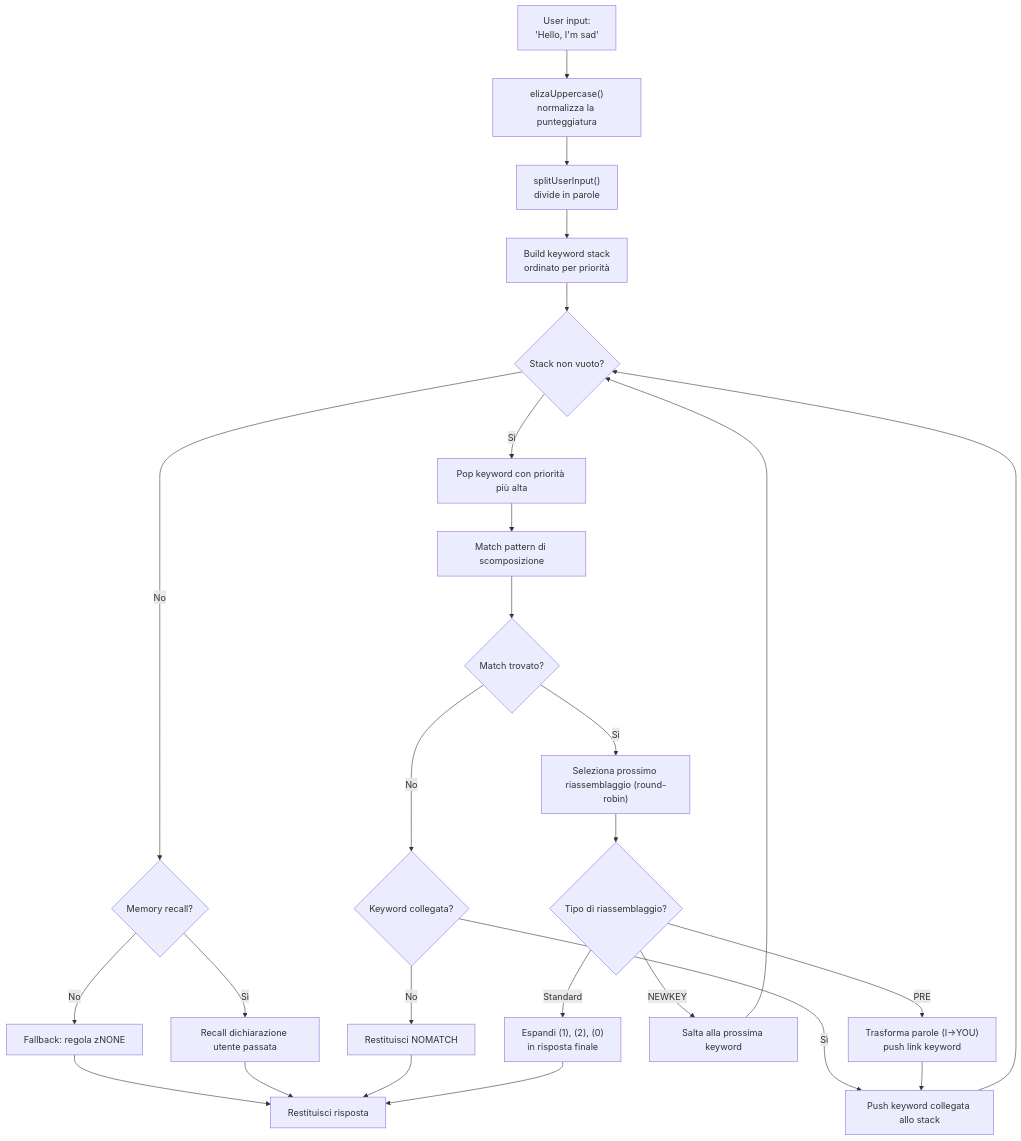
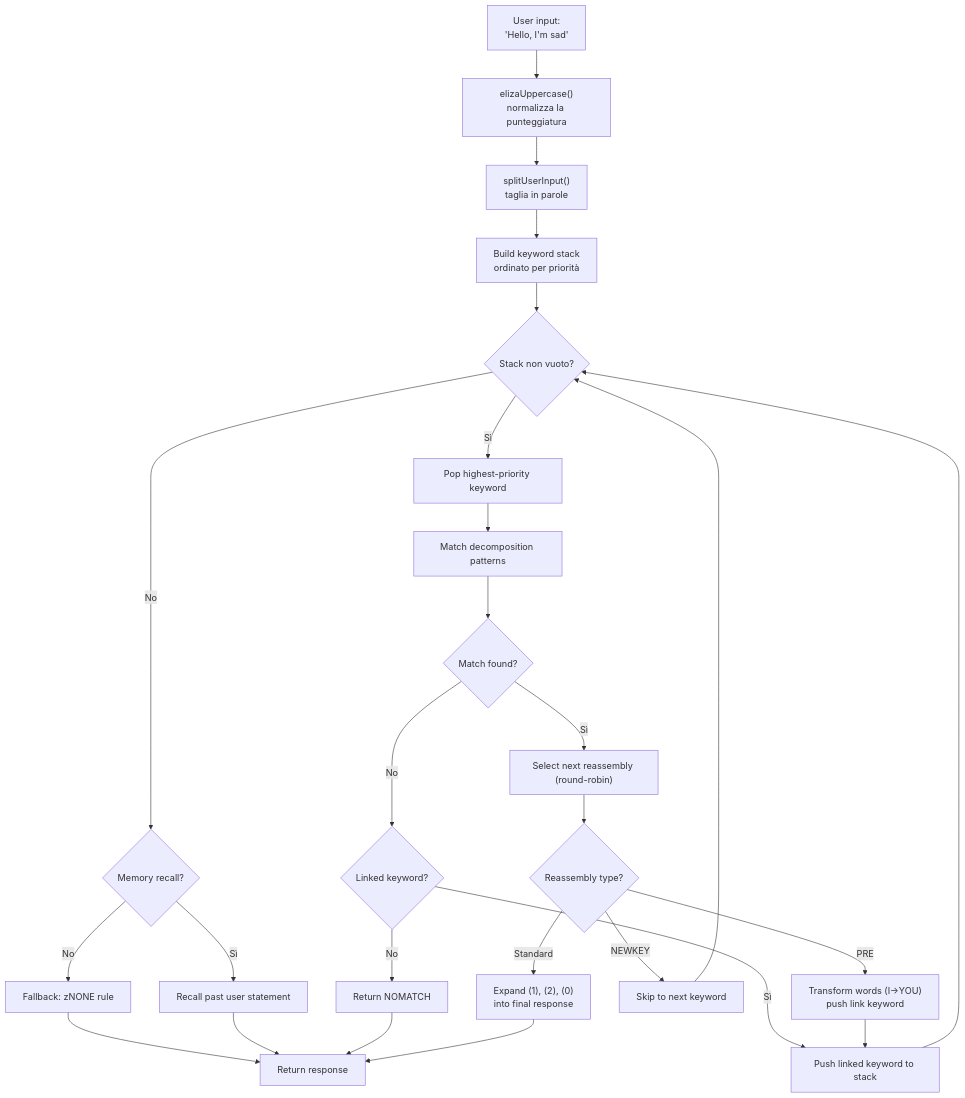
The first of 2 diagrams in public/articles/it/from-eliza-to-llm-chatbots-typescript.md (fox3000foxy/fox3000foxy.github.io), drawn with Mermaid before and after one commit. The commit also changed other lines of this file and 576 other files, not shown here.

````diff
--- a/public/articles/it/from-eliza-to-llm-chatbots-typescript.md
+++ b/public/articles/it/from-eliza-to-llm-chatbots-typescript.md
@@ -93,28 +92,28 @@
 ```mermaid
 flowchart TD
     A["User input:<br>'Hello, I'm sad'"] --> B["elizaUppercase()<br>normalizza la punteggiatura"]
-    B --> C["splitUserInput()<br>divide in parole"]
+    B --> C["splitUserInput()<br>taglia in parole"]
     C --> D["Build keyword stack<br>ordinato per priorità"]
     D --> E{"Stack non vuoto?"}
-    E -->|"Sì"| F["Pop keyword con priorità più alta"]
+    E -->|"Sì"| F["Pop highest-priority keyword"]
     E -->|"No"| G{"Memory recall?"}
-    G -->|"Sì"| H["Recall dichiarazione utente passata"]
-    G -->|"No"| I["Fallback: regola zNONE"]
-    I --> J["Restituisci risposta"]
+    G -->|"Sì"| H["Recall past user statement"]
+    G -->|"No"| I["Fallback: zNONE rule"]
+    I --> J["Return response"]
     H --> J
-    F --> K["Match pattern di scomposizione"]
-    K --> L{"Match trovato?"}
-    L -->|"No"| M{"Keyword collegata?"}
-    M -->|"Sì"| N["Push keyword collegata allo stack"]
+    F --> K["Match decomposition patterns"]
+    K --> L{"Match found?"}
+    L -->|"No"| M{"Linked keyword?"}
+    M -->|"Sì"| N["Push linked keyword to stack"]
     N --> E
-    M -->|"No"| O["Restituisci NOMATCH"]
+    M -->|"No"| O["Return NOMATCH"]
     O --> J
-    L -->|"Sì"| P["Seleziona prossimo riassemblaggio (round-robin)"]
-    P --> Q{"Tipo di riassemblaggio?"}
-    Q -->|"PRE"| R["Trasforma parole (I→YOU)<br>push link keyword"]
+    L -->|"Sì"| P["Select next reassembly (round-robin)"]
+    P --> Q{"Reassembly type?"}
+    Q -->|"PRE"| R["Transform words (I→YOU)<br>push link keyword"]
     R --> N
-    Q -->|"NEWKEY"| S["Salta alla prossima keyword"]
+    Q -->|"NEWKEY"| S["Skip to next keyword"]
     S --> E
-    Q -->|"Standard"| T["Espandi (1), (2), (0)<br>in risposta finale"]
+    Q -->|"Standard"| T["Expand (1), (2), (0)<br>into final response"]
     T --> J
 ```
````
